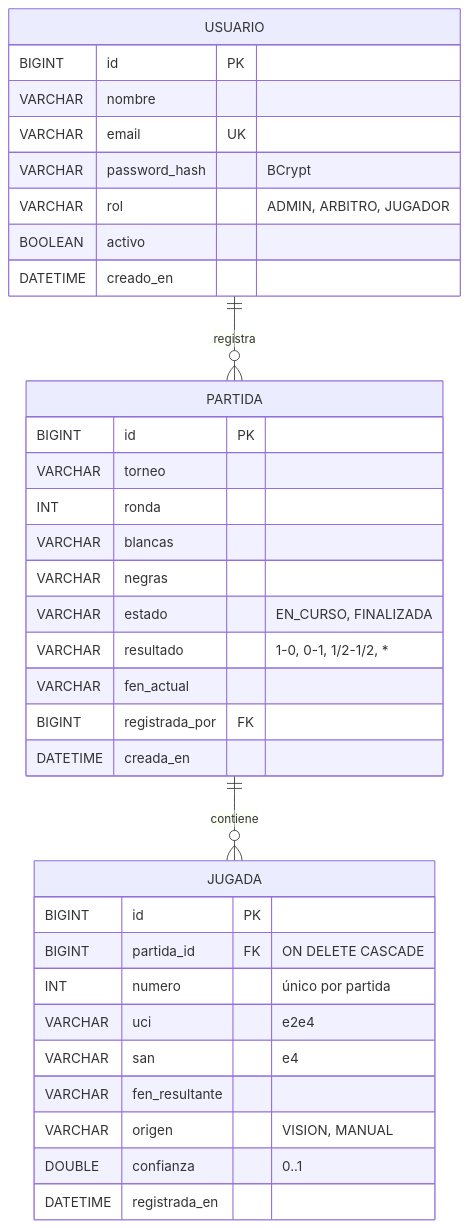
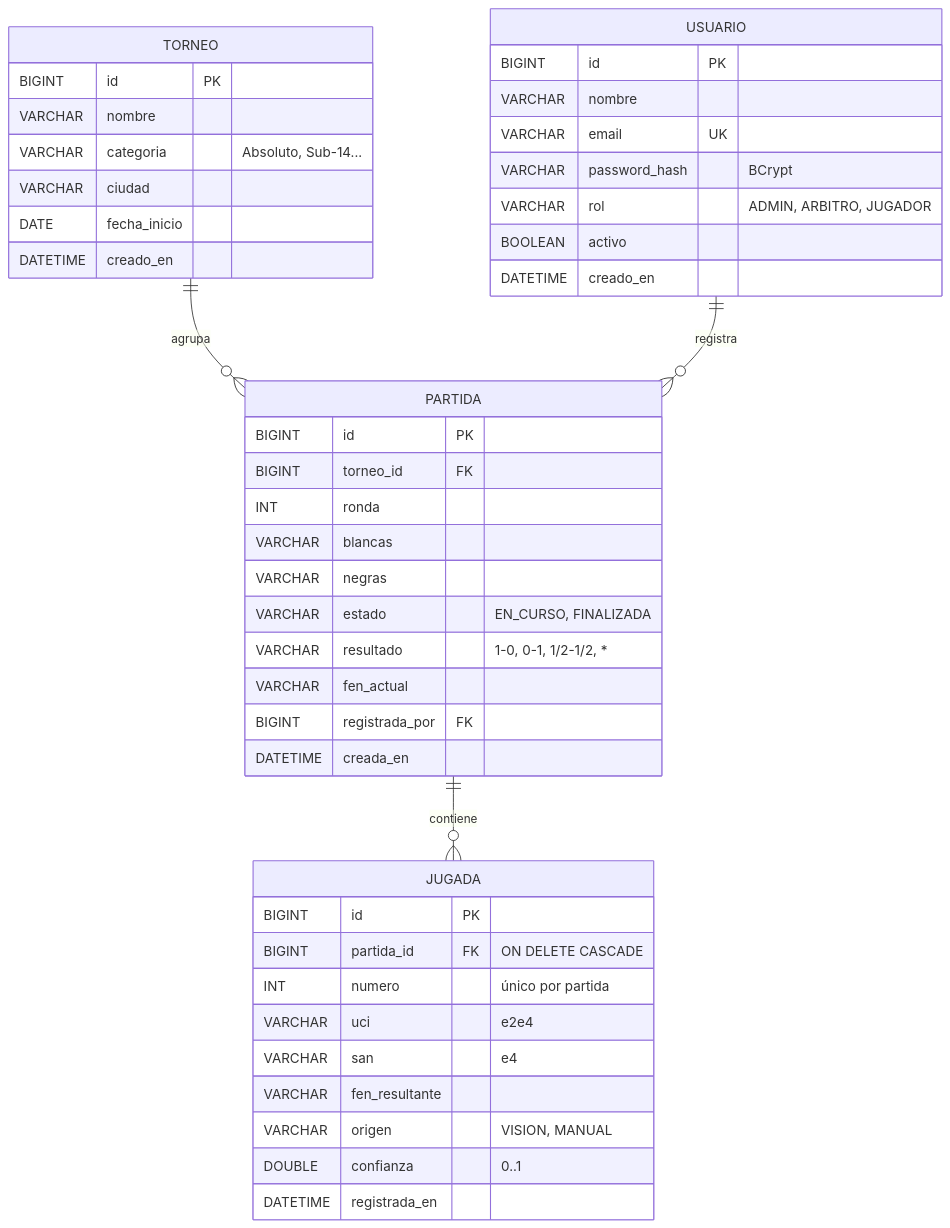
One commit to dj-t4b/ajedrez-vision-fba changed the diagram in docs/er.md. Above: the diagram before and after it, drawn with Mermaid. The commit also changed other lines of this file and 34 other files, not shown here.

````diff
--- a/docs/er.md
+++ b/docs/er.md
@@ -5,38 +5,47 @@
 ```mermaid
 erDiagram
+    TORNEO ||--o{ PARTIDA : agrupa
     USUARIO ||--o{ PARTIDA : registra
     PARTIDA ||--o{ JUGADA : contiene
 
     USUARIO {
         BIGINT id PK
         VARCHAR nombre
         VARCHAR email UK
         VARCHAR password_hash "BCrypt"
         VARCHAR rol "ADMIN, ARBITRO, JUGADOR"
         BOOLEAN activo
         DATETIME creado_en
     }
+    TORNEO {
+        BIGINT id PK
+        VARCHAR nombre
+        VARCHAR categoria "Absoluto, Sub-14..."
+        VARCHAR ciudad
+        DATE fecha_inicio
+        DATETIME creado_en
+    }
     PARTIDA {
         BIGINT id PK
-        VARCHAR torneo
+        BIGINT torneo_id FK
         INT ronda
         VARCHAR blancas
         VARCHAR negras
         VARCHAR estado "EN_CURSO, FINALIZADA"
         VARCHAR resultado "1-0, 0-1, 1/2-1/2, *"
         VARCHAR fen_actual
         BIGINT registrada_por FK
         DATETIME creada_en
     }
     JUGADA {
         BIGINT id PK
         BIGINT partida_id FK "ON DELETE CASCADE"
         INT numero "único por partida"
         VARCHAR uci "e2e4"
         VARCHAR san "e4"
         VARCHAR fen_resultante
         VARCHAR origen "VISION, MANUAL"
         DOUBLE confianza "0..1"
         DATETIME registrada_en
     }
 ```
````
